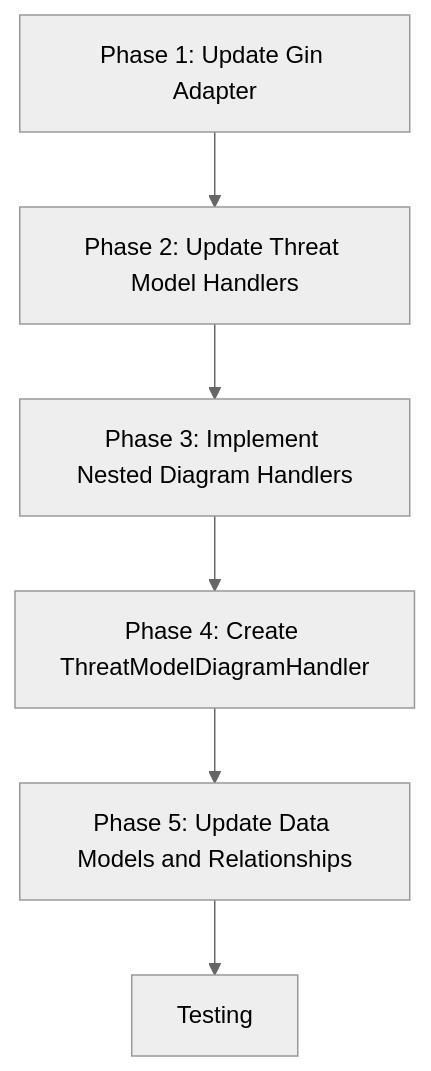
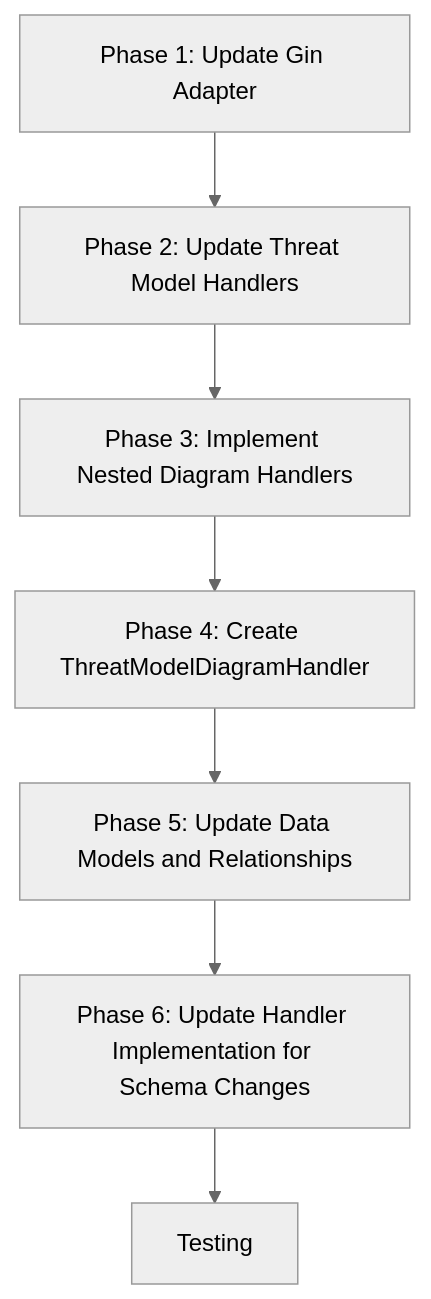
The diagram in api-implementation-plan.md (ericfitz/tmi), drawn with Mermaid (neutral theme) before and after one commit. The commit also changed other lines of this file and 1 other file, not shown here.

Commit message:
Updating API implementation plan

````diff
--- a/api-implementation-plan.md
+++ b/api-implementation-plan.md
@@ -489,8 +522,9 @@
 ```mermaid
 graph TD
     A[Phase 1: Update Gin Adapter] --> B[Phase 2: Update Threat Model Handlers]
     B --> C[Phase 3: Implement Nested Diagram Handlers]
     C --> D[Phase 4: Create ThreatModelDiagramHandler]
     D --> E[Phase 5: Update Data Models and Relationships]
-    E --> F[Testing]
+    E --> F[Phase 6: Update Handler Implementation for Schema Changes]
+    F --> G[Testing]
 ```
````
